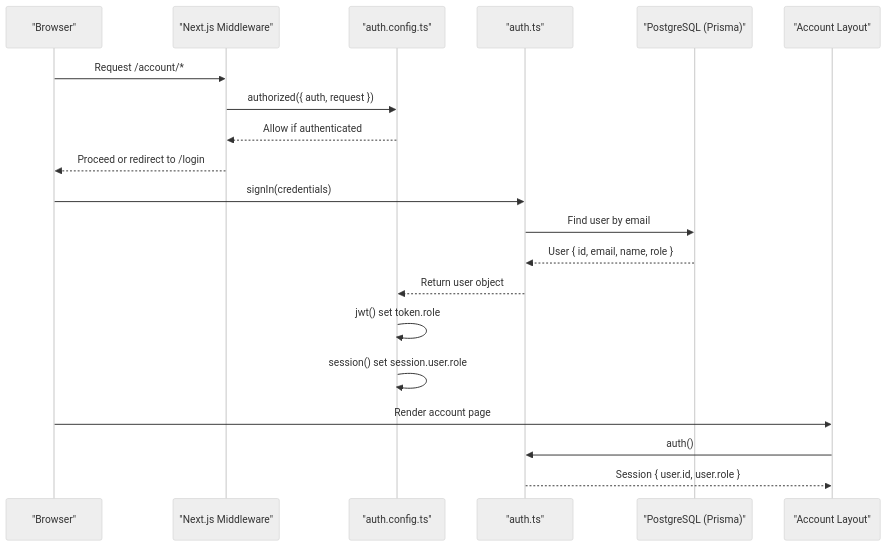
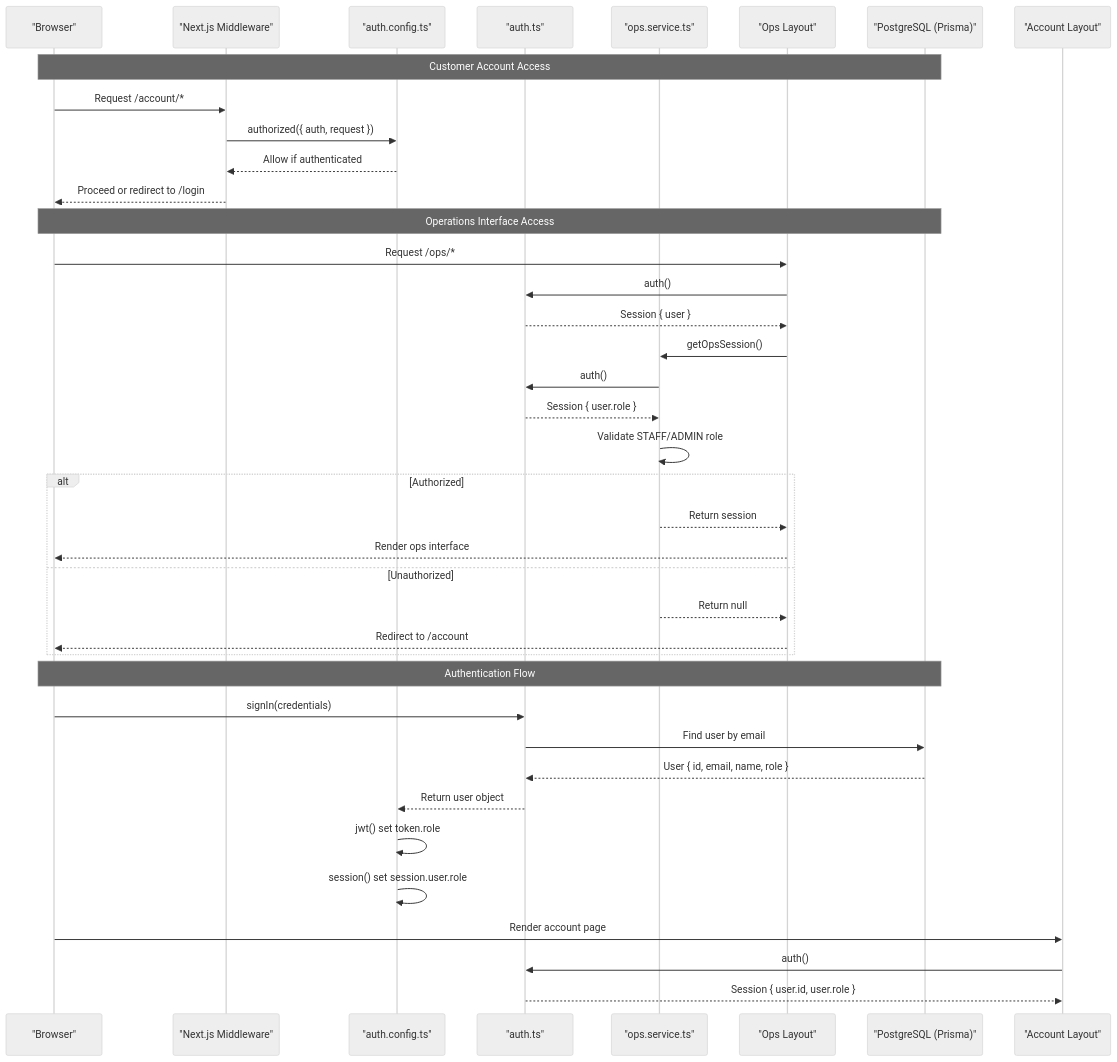
One commit to gyamposudodzi/Timberland changed the second of 11 diagrams in .qoder/repowiki/en/content/Authentication System/Role-Based Access Control.md. Above: the diagram before and after it, drawn with Mermaid (neutral theme). The commit also changed other lines of this file and 65 other files, not shown here.

First line of the commit message:
feat(auth): enhance role-based access control with staff/admin ops interface

````diff
--- a/.qoder/repowiki/en/content/Authentication System/Role-Based Access Control.md
+++ b/.qoder/repowiki/en/content/Authentication System/Role-Based Access Control.md
@@ -119,22 +147,41 @@
 ```mermaid
 sequenceDiagram
 participant Client as "Browser"
 participant MW as "Next.js Middleware"
 participant AuthCfg as "auth.config.ts"
 participant AuthRT as "auth.ts"
+participant OpsSvc as "ops.service.ts"
+participant OpsLayout as "Ops Layout"
 participant DB as "PostgreSQL (Prisma)"
 participant UI as "Account Layout"
+Note over Client,DB : Customer Account Access
 Client->>MW : Request /account/*
 MW->>AuthCfg : authorized({ auth, request })
 AuthCfg-->>MW : Allow if authenticated
 MW-->>Client : Proceed or redirect to /login
+Note over Client,DB : Operations Interface Access
+Client->>OpsLayout : Request /ops/*
+OpsLayout->>AuthRT : auth()
+AuthRT-->>OpsLayout : Session { user }
+OpsLayout->>OpsSvc : getOpsSession()
+OpsSvc->>AuthRT : auth()
+AuthRT-->>OpsSvc : Session { user.role }
+OpsSvc->>OpsSvc : Validate STAFF/ADMIN role
+alt Authorized
+OpsSvc-->>OpsLayout : Return session
+OpsLayout-->>Client : Render ops interface
+else Unauthorized
+OpsSvc-->>OpsLayout : Return null
+OpsLayout-->>Client : Redirect to /account
+end
+Note over Client,DB : Authentication Flow
 Client->>AuthRT : signIn(credentials)
 AuthRT->>DB : Find user by email
 DB-->>AuthRT : User { id, email, name, role }
 AuthRT-->>AuthCfg : Return user object
 AuthCfg->>AuthCfg : jwt() set token.role
 AuthCfg->>AuthCfg : session() set session.user.role
 Client->>UI : Render account page
 UI->>AuthRT : auth()
 AuthRT-->>UI : Session { user.id, user.role }
 ```
````
